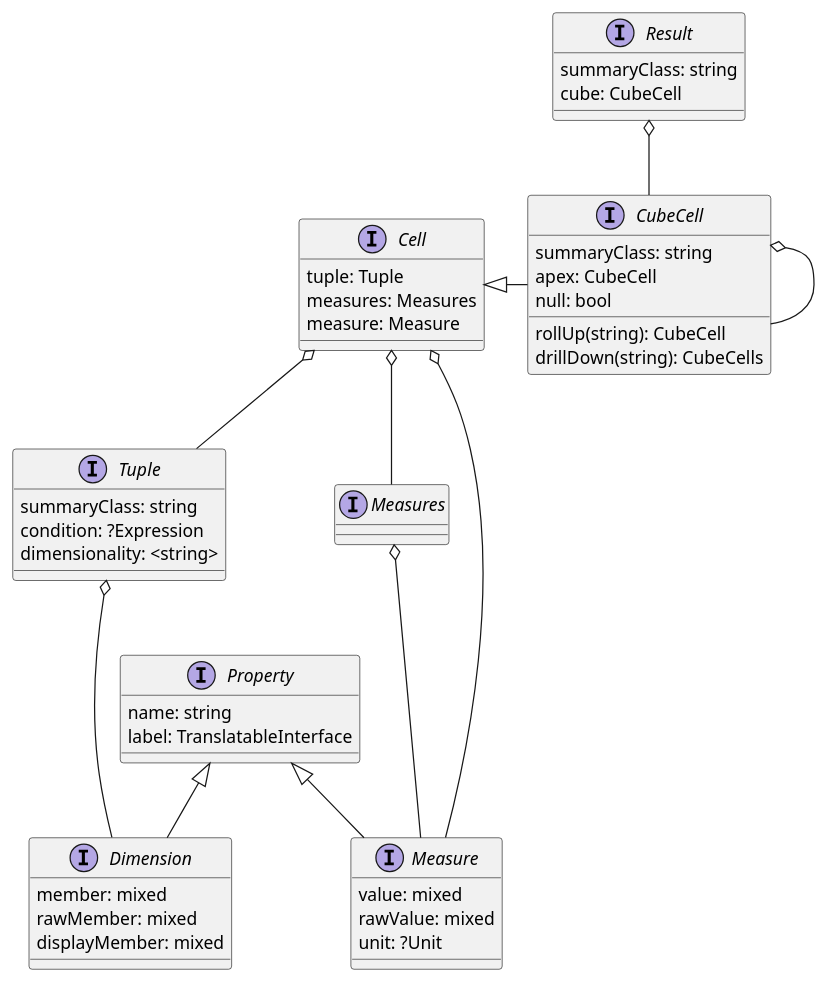
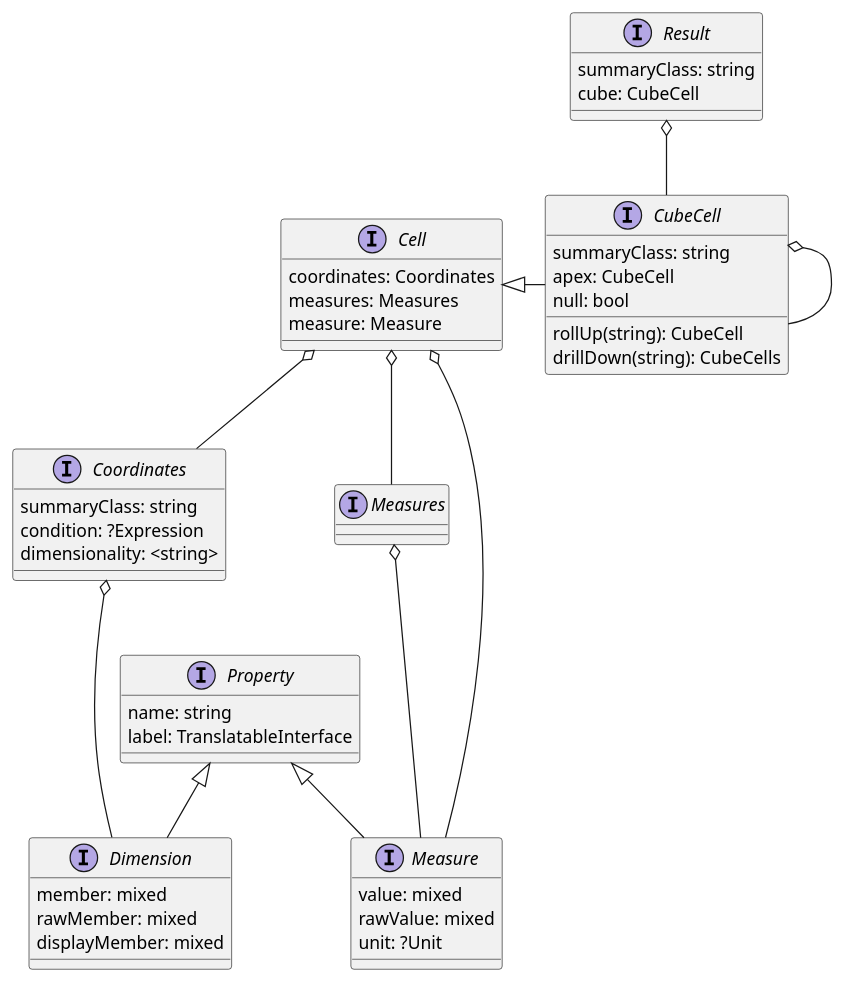
One commit to rekalogika/rekalogika-docs changed the diagram in docs/analytics/04-query/diagrams/cube.puml. Above: the diagram before and after it, drawn with PlantUML. The commit also changed 2 other files, not shown here.

```diff
--- a/docs/analytics/04-query/diagrams/cube.puml
+++ b/docs/analytics/04-query/diagrams/cube.puml
@@ -1,65 +1,65 @@
 @startuml
 
 interface Result {
     summaryClass: string
     cube: CubeCell
 }
 
 Result o-- CubeCell
 
 interface Cell {
-    tuple: Tuple
+    coordinates: Coordinates
     measures: Measures
     measure: Measure
 }
 
-Cell o-- Tuple
+Cell o-- Coordinates
 Cell o-- Measures
 Cell o-- Measure
 
 interface CubeCell {
     summaryClass: string
     apex: CubeCell
     null: bool
     rollUp(string): CubeCell
     drillDown(string): CubeCells
 }
 
 Cell <|- CubeCell
 CubeCell o-- CubeCell
 
 interface Property {
     name: string
     label: TranslatableInterface
 }
 
 interface Dimension {
     member: mixed
     rawMember: mixed
     displayMember: mixed
 }
 
 Property <|-- Dimension
 
 interface Measure {
     value: mixed
     rawValue: mixed
     unit: ?Unit
 }
 
 Property <|-- Measure
 
-interface Tuple {
+interface Coordinates {
     summaryClass: string
     condition: ?Expression
     dimensionality: <string>
 }
 
-Tuple o--- Dimension
+Coordinates o--- Dimension
 
 interface Measures {
 }
 
 Measures o--- Measure
 
 @endu
```
